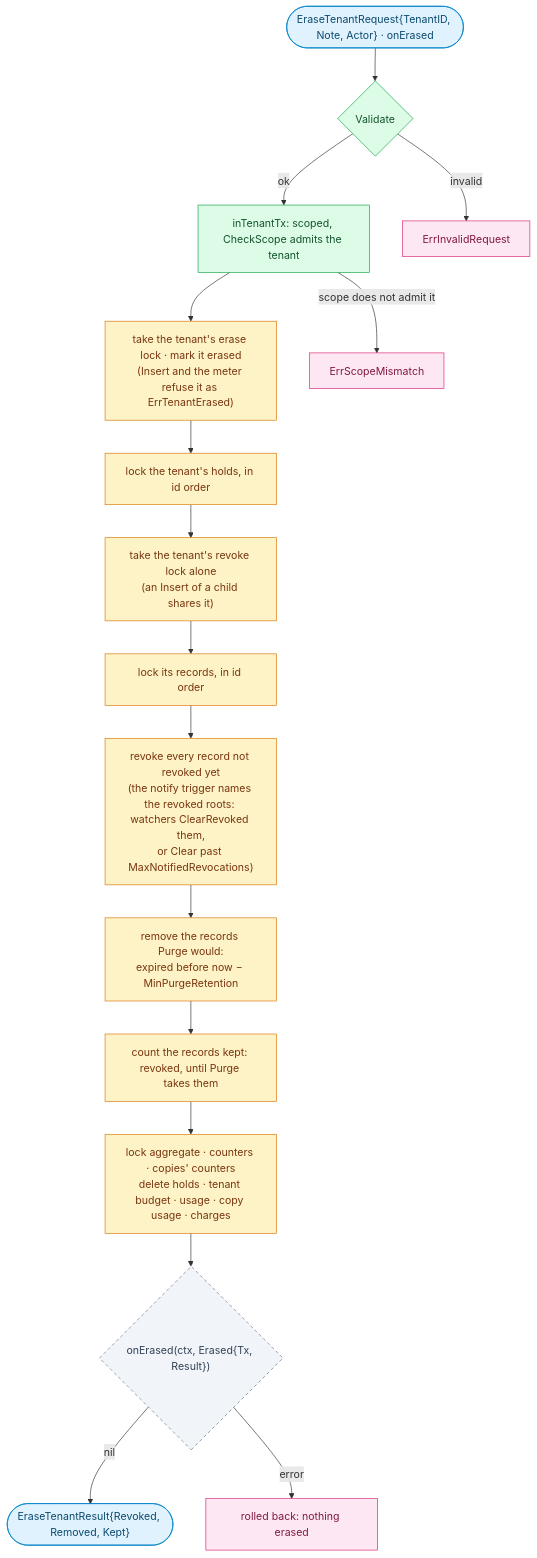
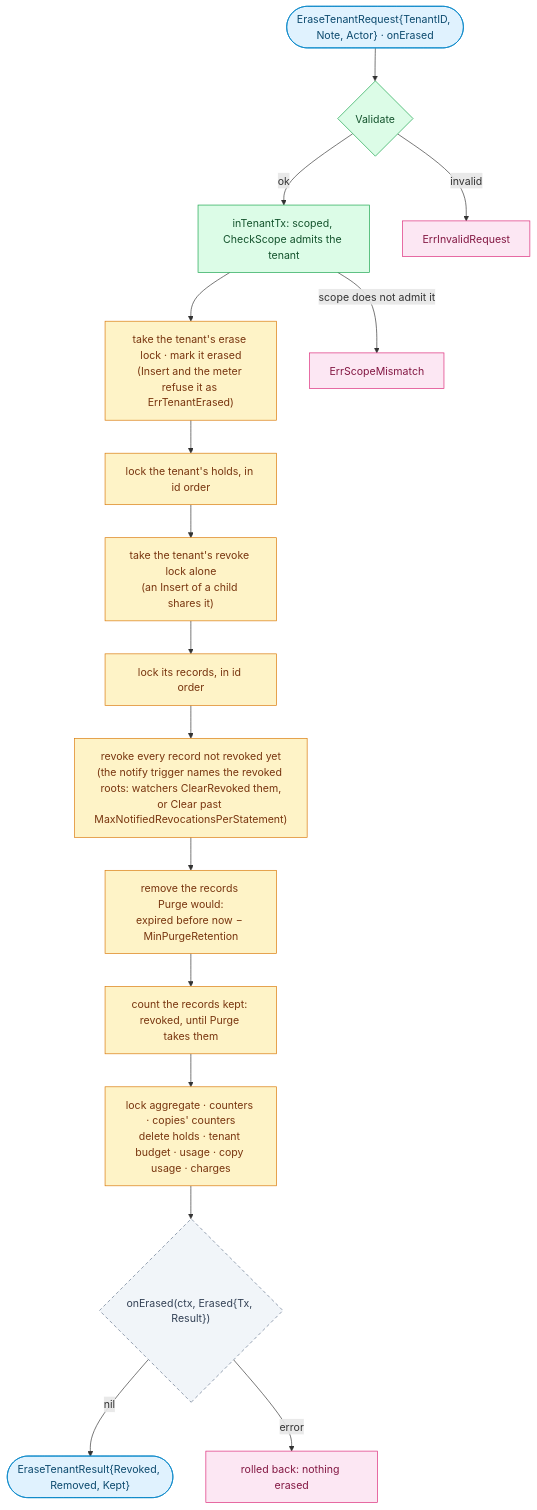
One commit to oleg-tkachuk/limes changed diagram 15 of 16 in docs/diagrams.md. Above: the diagram before and after it, drawn with Mermaid. The commit also changed other lines of this file and 6 other files, not shown here.

First line of the commit message:
feat(pgstore): notify a statement's revocations in parts

````diff
--- a/docs/diagrams.md
+++ b/docs/diagrams.md
@@ -1145,33 +1146,33 @@
 ```mermaid
 flowchart TB
     req(["EraseTenantRequest{TenantID, Note, Actor} · onErased"])
     val{"Validate"}
     tx["inTenantTx: scoped, CheckScope admits the tenant"]
     mark["take the tenant's erase lock · mark it erased<br/>(Insert and the meter refuse it as ErrTenantErased)"]
     holds["lock the tenant's holds, in id order"]
     revlock["take the tenant's revoke lock alone<br/>(an Insert of a child shares it)"]
     recs["lock its records, in id order"]
-    revoke["revoke every record not revoked yet<br/>(the notify trigger names the revoked roots: watchers ClearRevoked them,<br/>or Clear past MaxNotifiedRevocations)"]
+    revoke["revoke every record not revoked yet<br/>(the notify trigger names the revoked roots: watchers ClearRevoked them,<br/>or Clear past MaxNotifiedRevocationsPerStatement)"]
     remove["remove the records Purge would:<br/>expired before now − MinPurgeRetention"]
     kept["count the records kept: revoked, until Purge takes them"]
     usage["lock aggregate · counters · copies' counters<br/>delete holds · tenant budget · usage · copy usage · charges"]
     cb{"onErased(ctx, Erased{Tx, Result})"}
     ok(["EraseTenantResult{Revoked, Removed, Kept}"])
     back["rolled back: nothing erased"]
 
     req --> val -- ok --> tx --> mark --> holds --> revlock --> recs --> revoke --> remove --> kept --> usage --> cb -- nil --> ok
     val -- invalid --> inval["ErrInvalidRequest"]
     tx -- "scope does not admit it" --> mismatch["ErrScopeMismatch"]
     cb -- error --> back
 
     classDef client fill:#E0F2FE,stroke:#0284C7,color:#0C4A6E
     classDef role fill:#DCFCE7,stroke:#16A34A,color:#14532D
     classDef optional fill:#F1F5F9,stroke:#64748B,color:#334155,stroke-dasharray:5 4
     classDef store fill:#FEF3C7,stroke:#D97706,color:#78350F
     classDef external fill:#FCE7F3,stroke:#DB2777,color:#831843
     class req,ok client
     class val,tx role
     class cb optional
     class mark,holds,revlock,recs,revoke,remove,kept,usage store
     class inval,mismatch,back external
 ```
````
